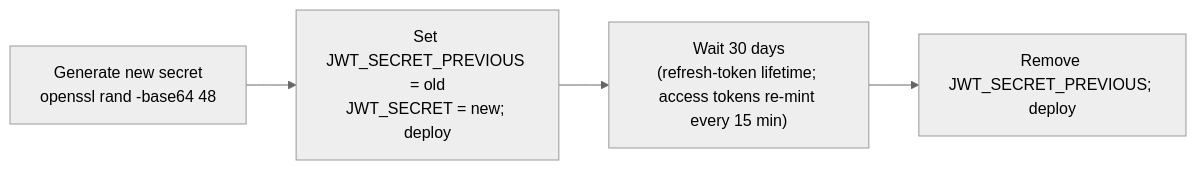
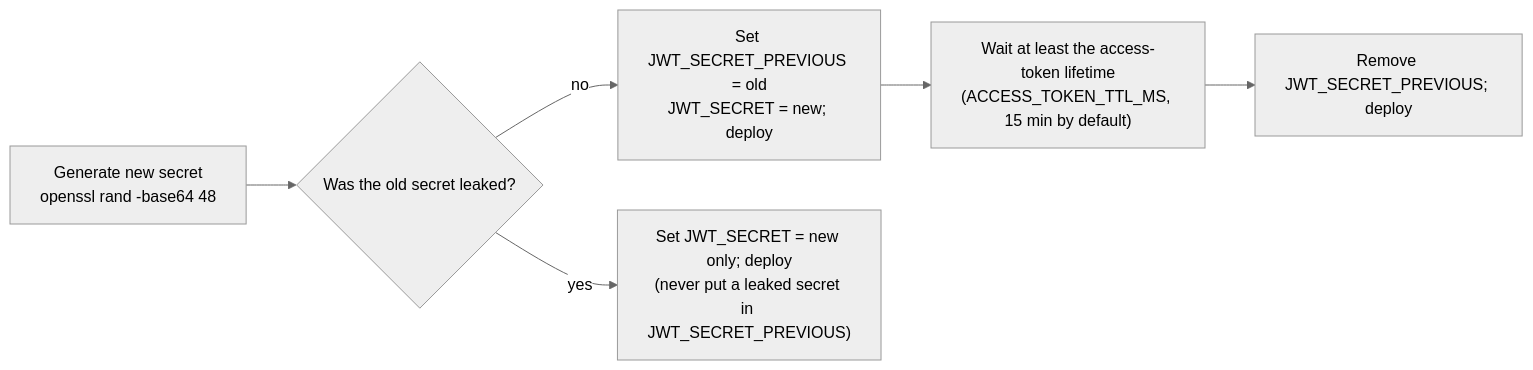
One commit to tareq89/biddaloy changed diagram 12 of 16 in docs/architecture/08-security.md. Above: the diagram before and after it, drawn with Mermaid (neutral theme). The commit also changed other lines of this file and 2 other files, not shown here.

First line of the commit message:
[75.38] docs: fix the rotation wait, leak rotation, refresh-without-Redis and enum-order learnings (review r1, F1/F2/F4/P1)

````diff
--- a/docs/architecture/08-security.md
+++ b/docs/architecture/08-security.md
@@ -510,6 +510,8 @@
 ```mermaid
 flowchart LR
-  A["Generate new secret<br/>openssl rand -base64 48"] --> B["Set JWT_SECRET_PREVIOUS = old<br/>JWT_SECRET = new; deploy"]
-  B --> C["Wait 30 days<br/>(refresh-token lifetime; access tokens re-mint every 15 min)"]
+  A["Generate new secret<br/>openssl rand -base64 48"] --> L{"Was the old secret leaked?"}
+  L -- no --> B["Set JWT_SECRET_PREVIOUS = old<br/>JWT_SECRET = new; deploy"]
+  B --> C["Wait at least the access-token lifetime<br/>(ACCESS_TOKEN_TTL_MS, 15 min by default)"]
   C --> D["Remove JWT_SECRET_PREVIOUS; deploy"]
+  L -- yes --> H["Set JWT_SECRET = new only; deploy<br/>(never put a leaked secret in JWT_SECRET_PREVIOUS)"]
 ```
````
